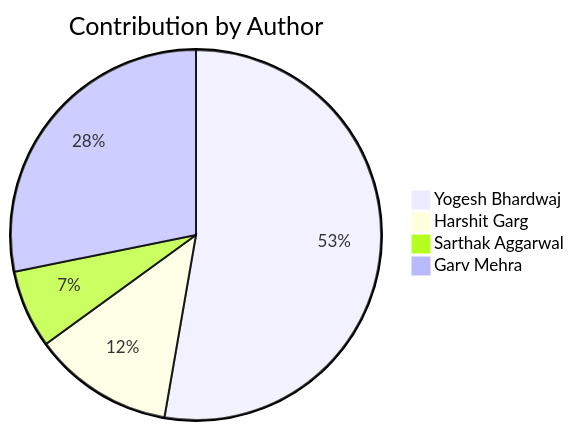
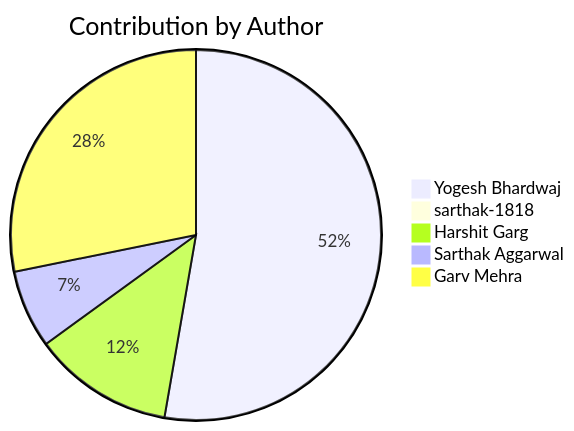
Before and after one commit to Yogesh-Bhardwaj-hue/Scm-Final_2.0: the second of 2 diagrams in README.md, drawn with Mermaid. The commit also changed other lines of this file, not shown here.

Commit message:
Update contribution charts

````diff
--- a/README.md
+++ b/README.md
@@ -192,7 +192,8 @@
 ```mermaid
 pie title Contribution by Author
     "Yogesh Bhardwaj": 116
+    "sarthak-1818": 1
     "Harshit Garg": 27
     "Sarthak Aggarwal": 15
     "Garv Mehra": 62
 ```
````
